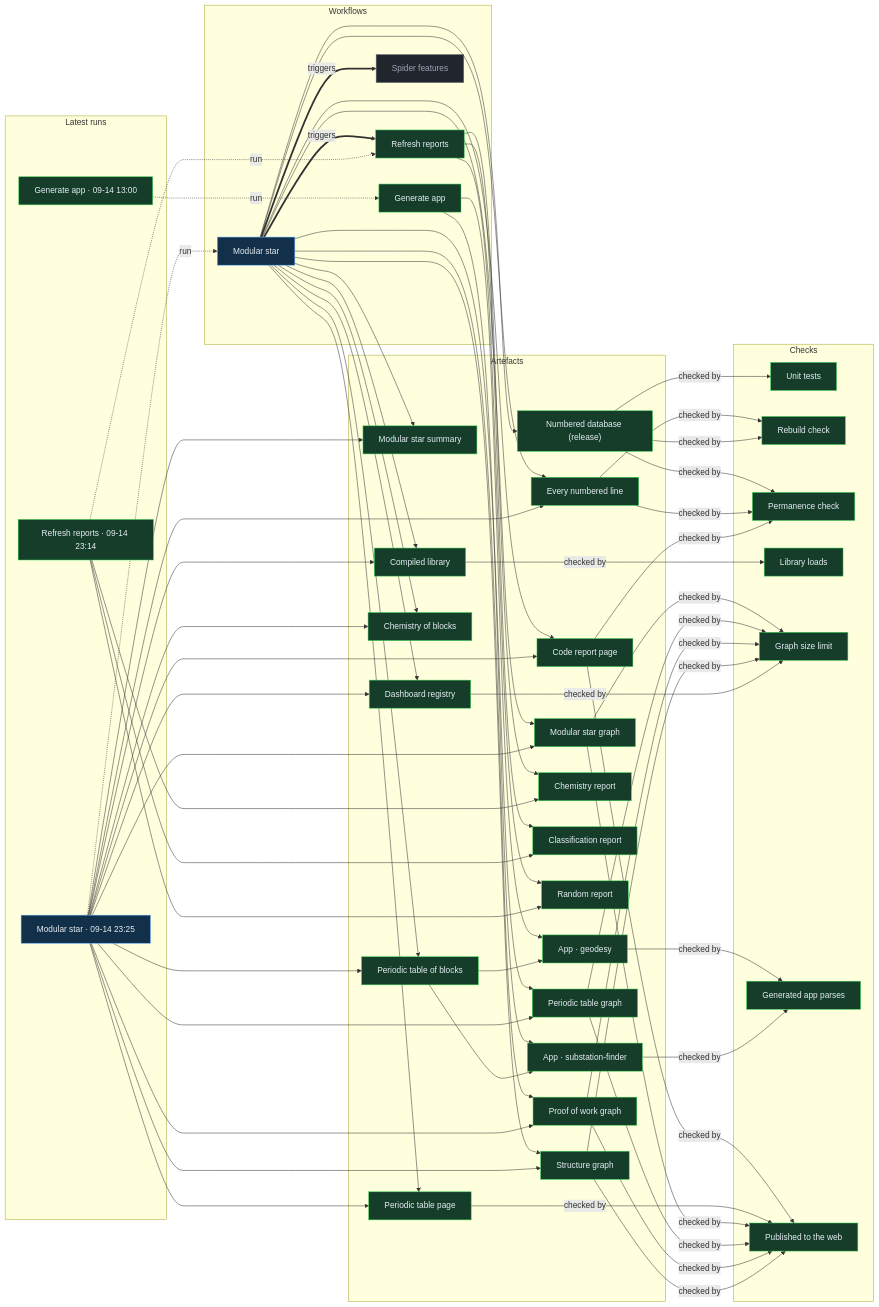
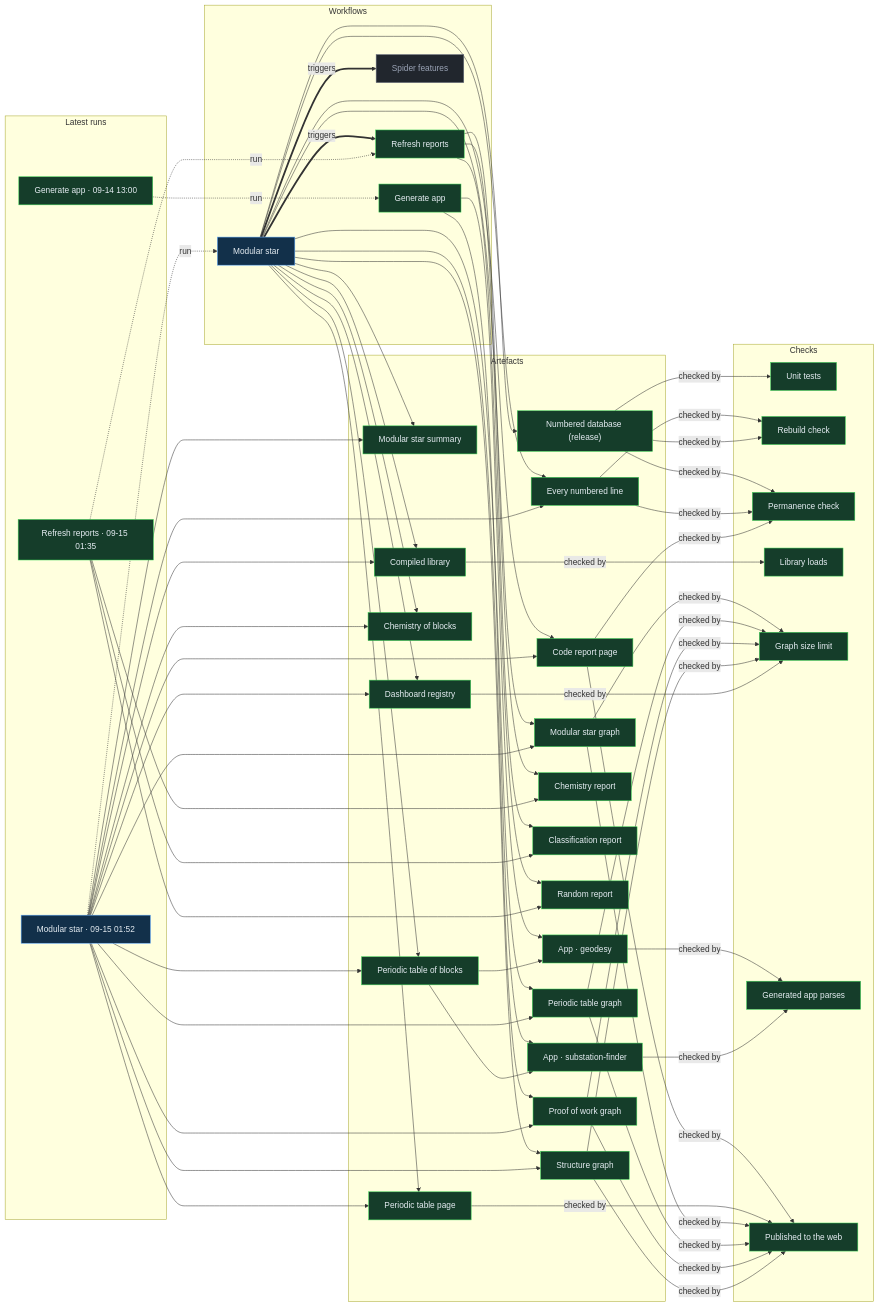
The diagram in proof/PROOF.md (Ventusltd/stars), drawn with Mermaid before and after one commit. The commit also changed other lines of this file and 104 other files, not shown here.

Commit message:
Modular star 2026-09-15T01:54Z

```diff
--- a/proof/PROOF.md
+++ b/proof/PROOF.md
@@ -24,8 +24,8 @@
   n_wf_spider_features["Spider features"]:::off
   end
   subgraph g_runs["Latest runs"]
-  n_run_34908778742["Modular star · 09-14 23:25"]:::live
-  n_run_34907888415["Refresh reports · 09-14 23:14"]:::ok
+  n_run_34918989762["Modular star · 09-15 01:52"]:::live
+  n_run_34917891446["Refresh reports · 09-15 01:35"]:::ok
   n_run_34846587798["Generate app · 09-14 13:00"]:::ok
   end
   subgraph g_artefacts["Artefacts"]
@@ -59,39 +59,39 @@
   end
   n_wf_modular_star == triggers ==> n_wf_refresh
   n_wf_modular_star == triggers ==> n_wf_spider_features
-  n_run_34908778742 -. run .-> n_wf_modular_star
-  n_run_34907888415 -. run .-> n_wf_refresh
+  n_run_34918989762 -. run .-> n_wf_modular_star
+  n_run_34917891446 -. run .-> n_wf_refresh
   n_run_34846587798 -. run .-> n_wf_generate
   n_wf_modular_star --> n_art_summary
-  n_run_34908778742 --> n_art_summary
+  n_run_34918989762 --> n_art_summary
   n_wf_modular_star --> n_art_lines
-  n_run_34908778742 --> n_art_lines
+  n_run_34918989762 --> n_art_lines
   n_wf_modular_star --> n_art_code
-  n_run_34908778742 --> n_art_code
+  n_run_34918989762 --> n_art_code
   n_wf_modular_star --> n_art_modular_graph
-  n_run_34908778742 --> n_art_modular_graph
+  n_run_34918989762 --> n_art_modular_graph
   n_wf_modular_star --> n_art_blocks
-  n_run_34908778742 --> n_art_blocks
+  n_run_34918989762 --> n_art_blocks
   n_wf_modular_star --> n_art_table
-  n_run_34908778742 --> n_art_table
+  n_run_34918989762 --> n_art_table
   n_wf_modular_star --> n_art_blocks_graph
-  n_run_34908778742 --> n_art_blocks_graph
+  n_run_34918989762 --> n_art_blocks_graph
   n_wf_modular_star --> n_art_reactions
-  n_run_34908778742 --> n_art_reactions
+  n_run_34918989762 --> n_art_reactions
   n_wf_modular_star --> n_art_library
-  n_run_34908778742 --> n_art_library
+  n_run_34918989762 --> n_art_library
   n_wf_modular_star --> n_art_features
-  n_run_34908778742 --> n_art_features
+  n_run_34918989762 --> n_art_features
   n_wf_modular_star --> n_art_proof
-  n_run_34908778742 --> n_art_proof
+  n_run_34918989762 --> n_art_proof
   n_wf_modular_star --> n_art_structure
-  n_run_34908778742 --> n_art_structure
+  n_run_34918989762 --> n_art_structure
   n_wf_refresh --> n_art_chemistry
-  n_run_34907888415 --> n_art_chemistry
+  n_run_34917891446 --> n_art_chemistry
   n_wf_refresh --> n_art_vedic
-  n_run_34907888415 --> n_art_vedic
+  n_run_34917891446 --> n_art_vedic
   n_wf_refresh --> n_art_random
-  n_run_34907888415 --> n_art_random
+  n_run_34917891446 --> n_art_random
   n_wf_modular_star --> n_art_release
   n_wf_generate --> n_app_geodesy
   n_art_blocks --> n_app_geodesy
```
